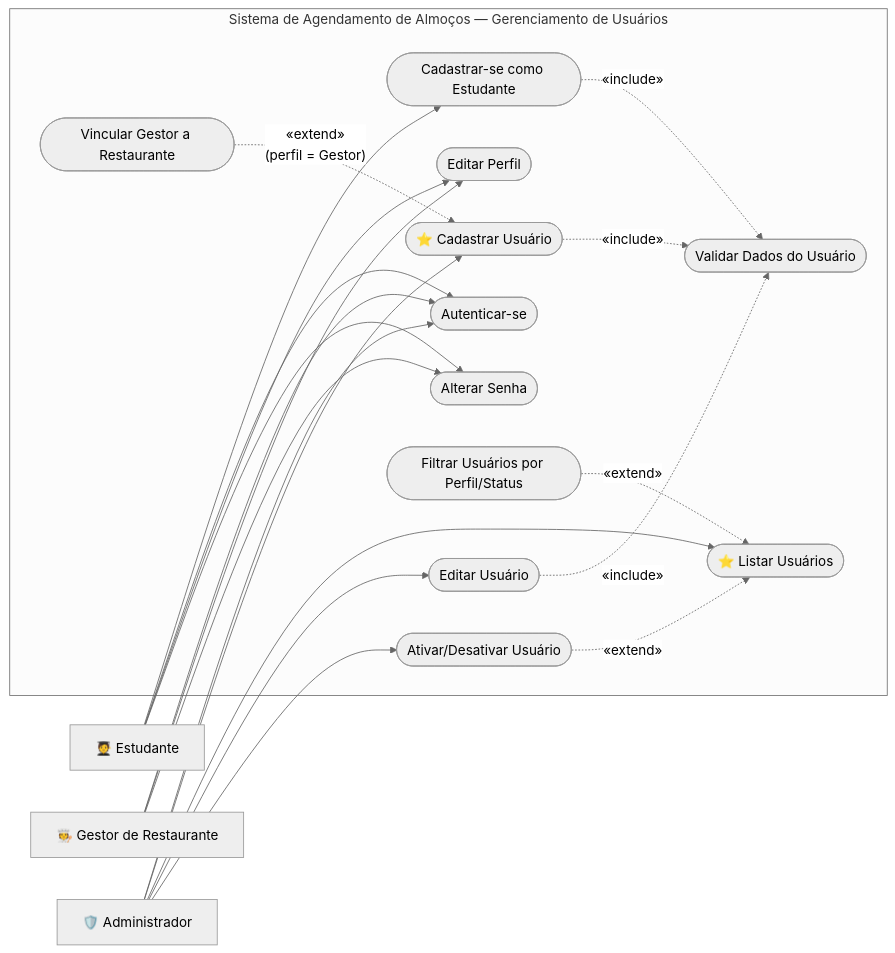
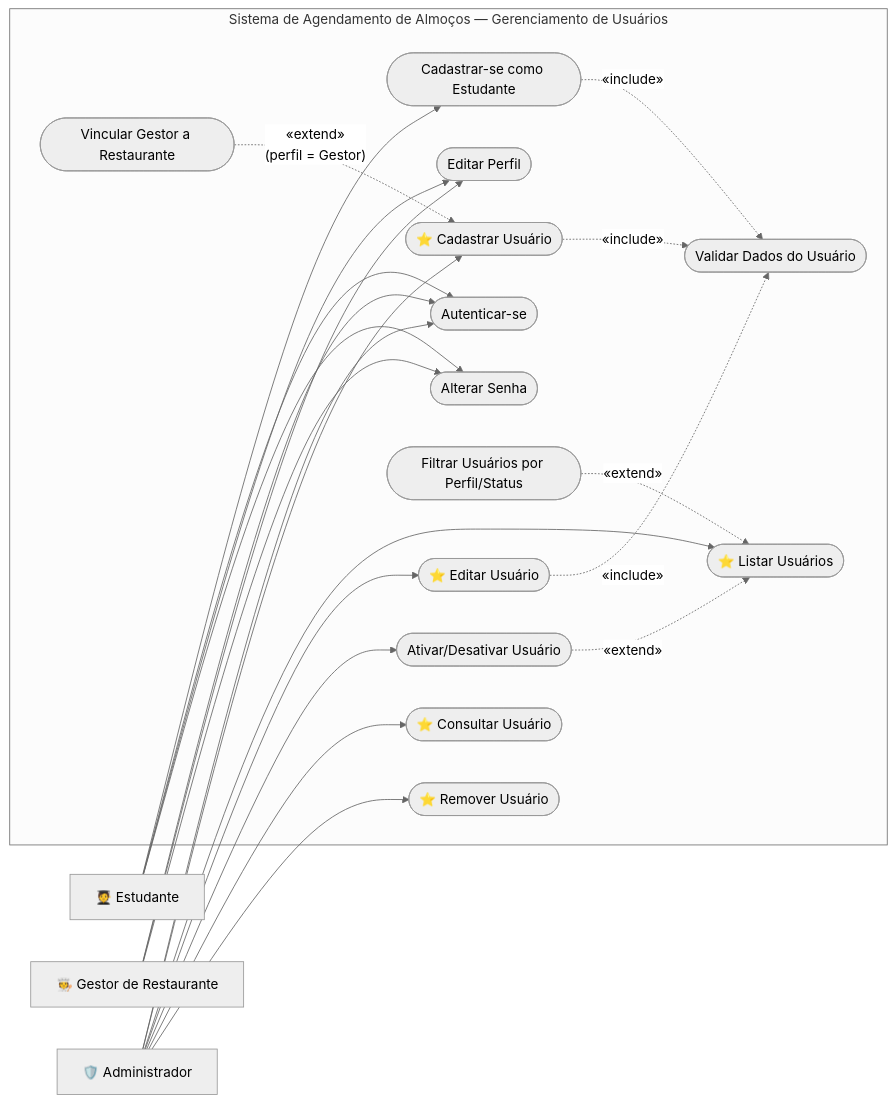
Before and after one commit to henriquesantos007/Sistema-de-Agendamento-de-Almoco: the first of 3 diagrams in docs/04-casos-de-uso/README.md, drawn with Mermaid (neutral theme). The commit also changed other lines of this file and 1 other file, not shown here.

````diff
--- a/docs/04-casos-de-uso/README.md
+++ b/docs/04-casos-de-uso/README.md
@@ -26,43 +30,47 @@
 ```mermaid
 %%{init: {"flowchart": {"useMaxWidth": false}, "class": {"useMaxWidth": false}, "sequence": {"useMaxWidth": false}, "state": {"useMaxWidth": false}}}%%
 flowchart LR
     estudante["🧑‍🎓 Estudante"]
     gestor["🧑‍🍳 Gestor de Restaurante"]
     admin["🛡️ Administrador"]
 
     subgraph sistema["Sistema de Agendamento de Almoços — Gerenciamento de Usuários"]
         UC01(["Cadastrar-se como Estudante"])
         UC02(["Autenticar-se"])
         UC03(["Editar Perfil"])
         UC04(["Alterar Senha"])
         UC05(["⭐ Cadastrar Usuário"])
         UC06(["⭐ Listar Usuários"])
         UC07(["Filtrar Usuários por Perfil/Status"])
-        UC08(["Editar Usuário"])
+        UC08(["⭐ Editar Usuário"])
         UC09(["Ativar/Desativar Usuário"])
         UC10(["Validar Dados do Usuário"])
         UC11(["Vincular Gestor a Restaurante"])
+        UC20(["⭐ Consultar Usuário"])
+        UC21(["⭐ Remover Usuário"])
     end
 
     estudante --> UC01
     estudante --> UC02
     estudante --> UC03
     estudante --> UC04
 
     gestor --> UC02
     gestor --> UC03
     gestor --> UC04
 
     admin --> UC02
     admin --> UC05
     admin --> UC06
     admin --> UC08
     admin --> UC09
+    admin --> UC20
+    admin --> UC21
 
     UC01 -. "«include»" .-> UC10
     UC05 -. "«include»" .-> UC10
     UC08 -. "«include»" .-> UC10
     UC11 -. "«extend»<br/>(perfil = Gestor)" .-> UC05
     UC07 -. "«extend»" .-> UC06
     UC09 -. "«extend»" .-> UC06
 ```
````
